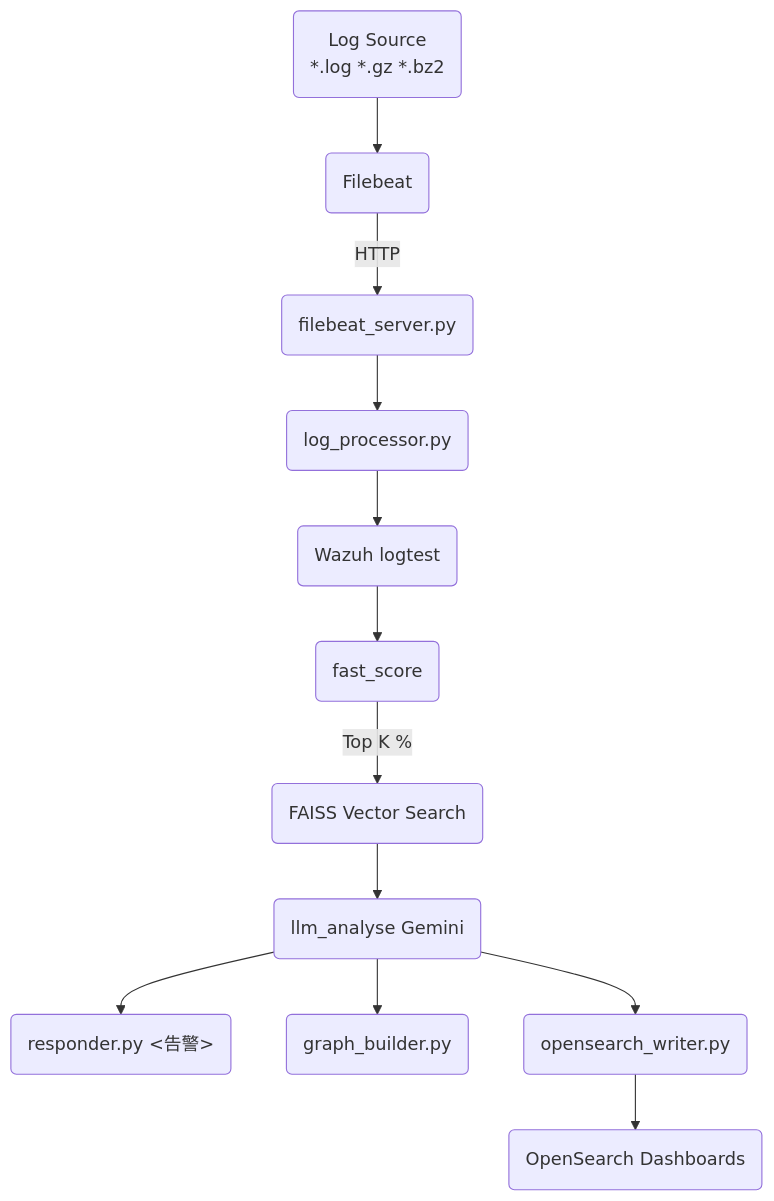
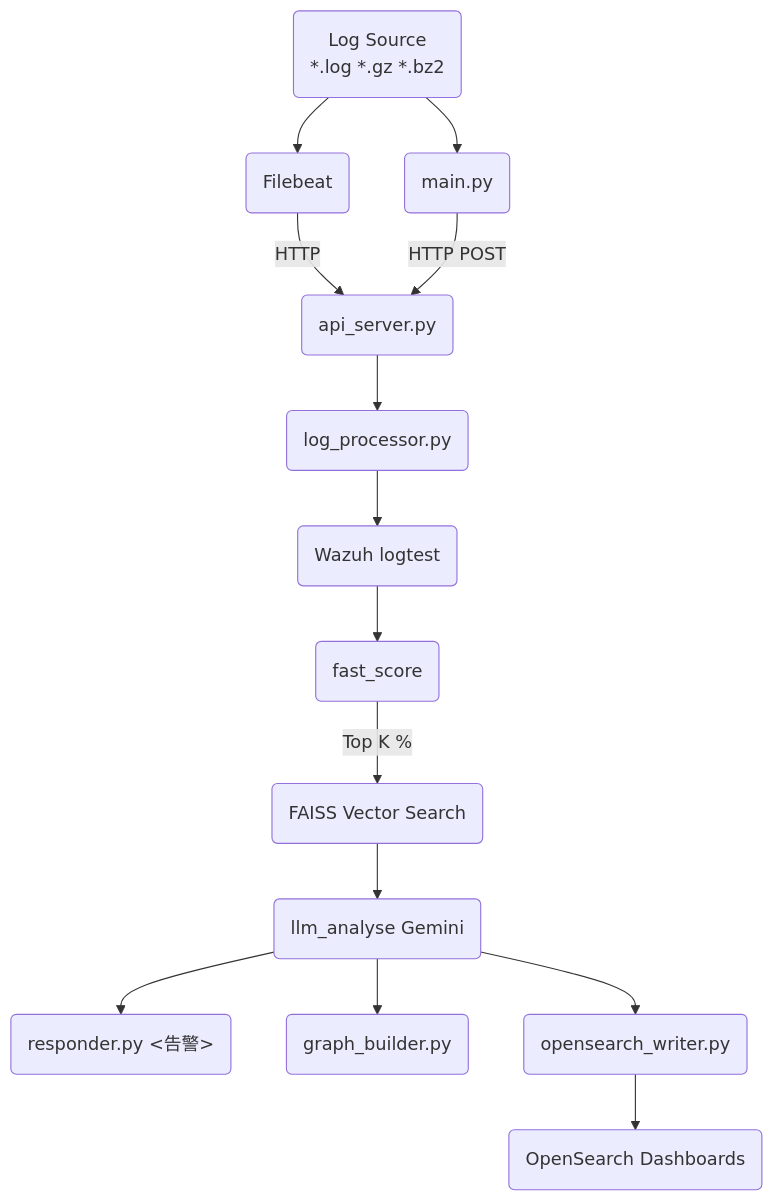
One commit to trionnemesis/AI_agent_web_log changed the diagram in README.md. Above: the diagram before and after it, drawn with Mermaid. The commit also changed other lines of this file and 5 other files, not shown here.

````diff
--- a/README.md
+++ b/README.md
@@ -27,14 +27,16 @@
 ```mermaid
 flowchart TD
     A(Log Source\n*.log *.gz *.bz2) --> B(Filebeat)
+    A --> M(main.py)
     B -->|HTTP| C(filebeat_server.py)
+    M -->|HTTP POST| C(api_server.py)
     C --> D(log_processor.py)
     D --> E(Wazuh logtest)
     E --> F(fast_score)
     F -->|Top K %| G(FAISS Vector Search)
     G --> H(llm_analyse Gemini)
     H --> I(responder.py <告警>)
     H --> J(graph_builder.py <Neo4j>)
     H --> K(opensearch_writer.py <OpenSearch>)
     K --> L(OpenSearch Dashboards)
 ```
````
